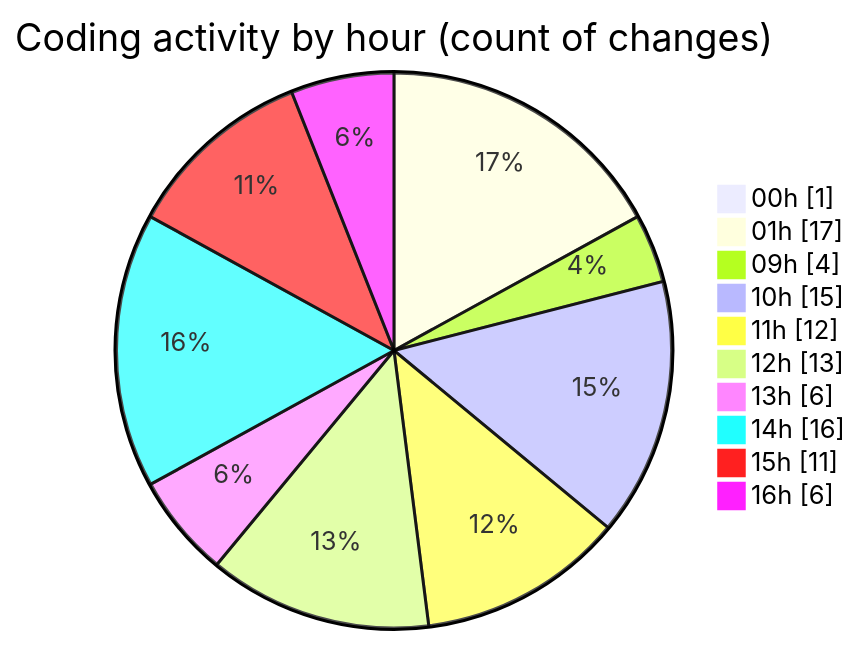
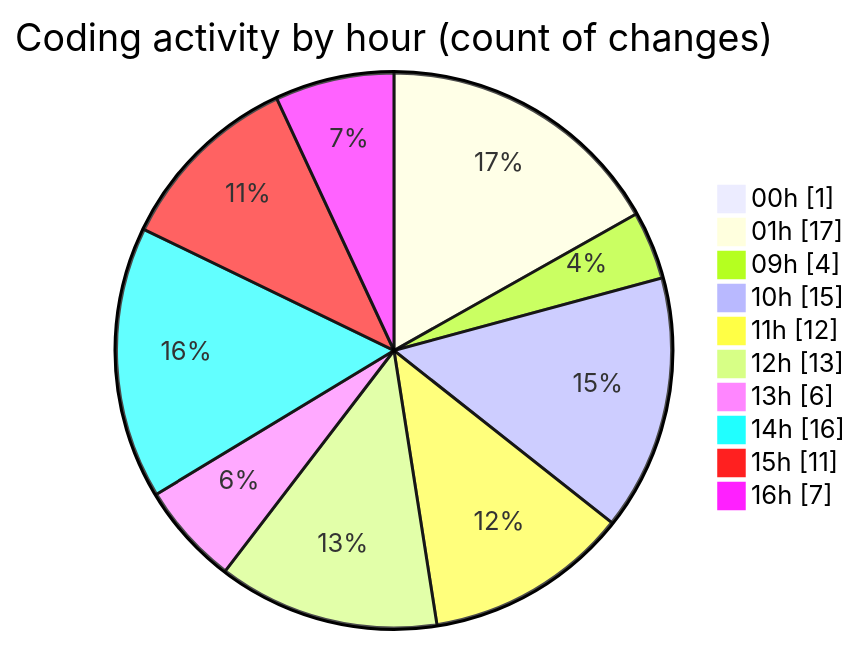
Before and after one commit to julien-gomy/code-tracking: the second of 2 diagrams in 2025-11-01/cdp_aleoudev_fr__workspace_/README.md, drawn with Mermaid. The commit also changed other lines of this file and 1 other file, not shown here.

````diff
--- a/2025-11-01/cdp_aleoudev_fr__workspace_/README.md
+++ b/2025-11-01/cdp_aleoudev_fr__workspace_/README.md
@@ -43,14 +43,14 @@
 ```mermaid
 pie showData
 title Coding activity by hour (count of changes)
 "00h" : 1
 "01h" : 17
 "09h" : 4
 "10h" : 15
 "11h" : 12
 "12h" : 13
 "13h" : 6
 "14h" : 16
 "15h" : 11
-"16h" : 6
+"16h" : 7
 ```
````
